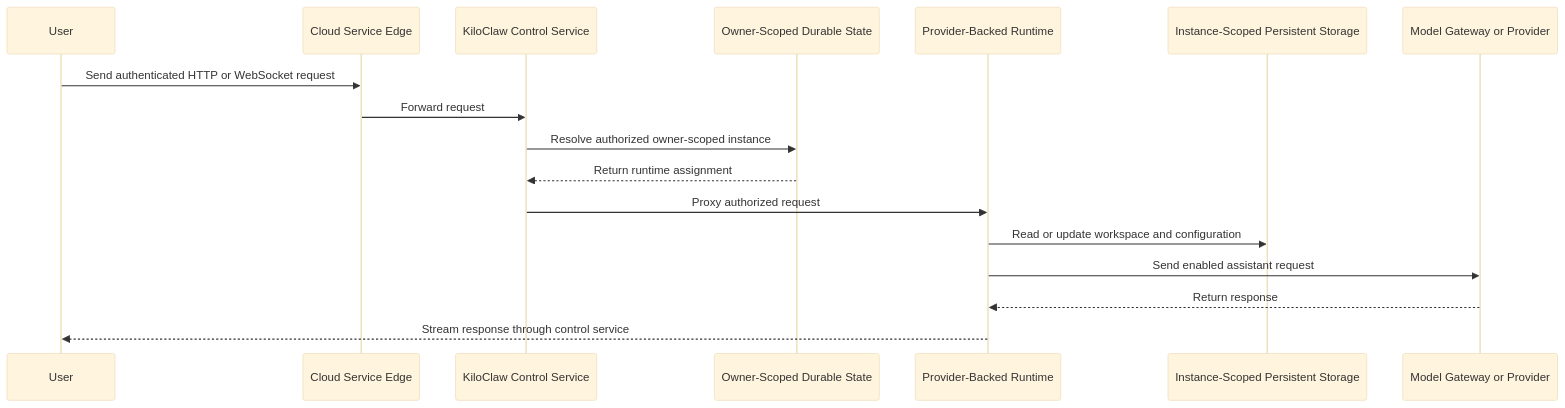
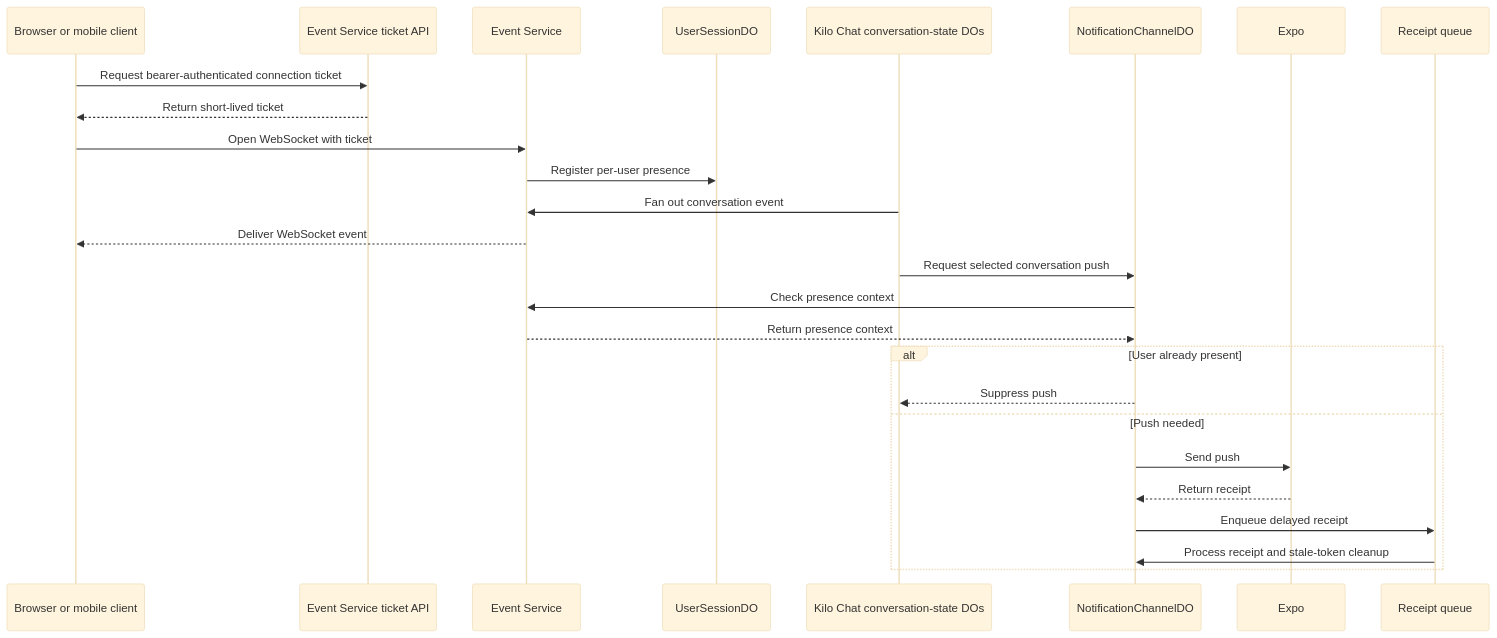
The fifth of 6 diagrams in packages/kilo-docs/pages/contributing/architecture/cloud-security.md (dhs-shine/kilocode), drawn with Mermaid (base theme) before and after one commit. The commit also changed other lines of this file and 42 other files, not shown here.

Commit message:
docs(kilo-docs): clarify architecture documentation

````diff
--- a/packages/kilo-docs/pages/contributing/architecture/cloud-security.md
+++ b/packages/kilo-docs/pages/contributing/architecture/cloud-security.md
@@ -269,20 +269,29 @@
 ```mermaid
 sequenceDiagram
-  participant User
-  participant Edge as Cloud Service Edge
-  participant Control as KiloClaw Control Service
-  participant State as Owner-Scoped Durable State
-  participant Runtime as Provider-Backed Runtime
-  participant Volume as Instance-Scoped Persistent Storage
-  participant Model as Model Gateway or Provider
+  participant Client as Browser or mobile client
+  participant Ticket as Event Service ticket API
+  participant Events as Event Service
+  participant Session as UserSessionDO
+  participant Chat as Kilo Chat conversation-state DOs
+  participant Notify as NotificationChannelDO
+  participant Expo
+  participant Queue as Receipt queue
 
-  User->>Edge: Send authenticated HTTP or WebSocket request
-  Edge->>Control: Forward request
-  Control->>State: Resolve authorized owner-scoped instance
-  State-->>Control: Return runtime assignment
-  Control->>Runtime: Proxy authorized request
-  Runtime->>Volume: Read or update workspace and configuration
-  Runtime->>Model: Send enabled assistant request
-  Model-->>Runtime: Return response
-  Runtime-->>User: Stream response through control service
+  Client->>Ticket: Request bearer-authenticated connection ticket
+  Ticket-->>Client: Return short-lived ticket
+  Client->>Events: Open WebSocket with ticket
+  Events->>Session: Register per-user presence
+  Chat->>Events: Fan out conversation event
+  Events-->>Client: Deliver WebSocket event
+  Chat->>Notify: Request selected conversation push
+  Notify->>Events: Check presence context
+  Events-->>Notify: Return presence context
+  alt User already present
+    Notify-->>Chat: Suppress push
+  else Push needed
+    Notify->>Expo: Send push
+    Expo-->>Notify: Return receipt
+    Notify->>Queue: Enqueue delayed receipt
+    Queue->>Notify: Process receipt and stale-token cleanup
+  end
 ```
````
